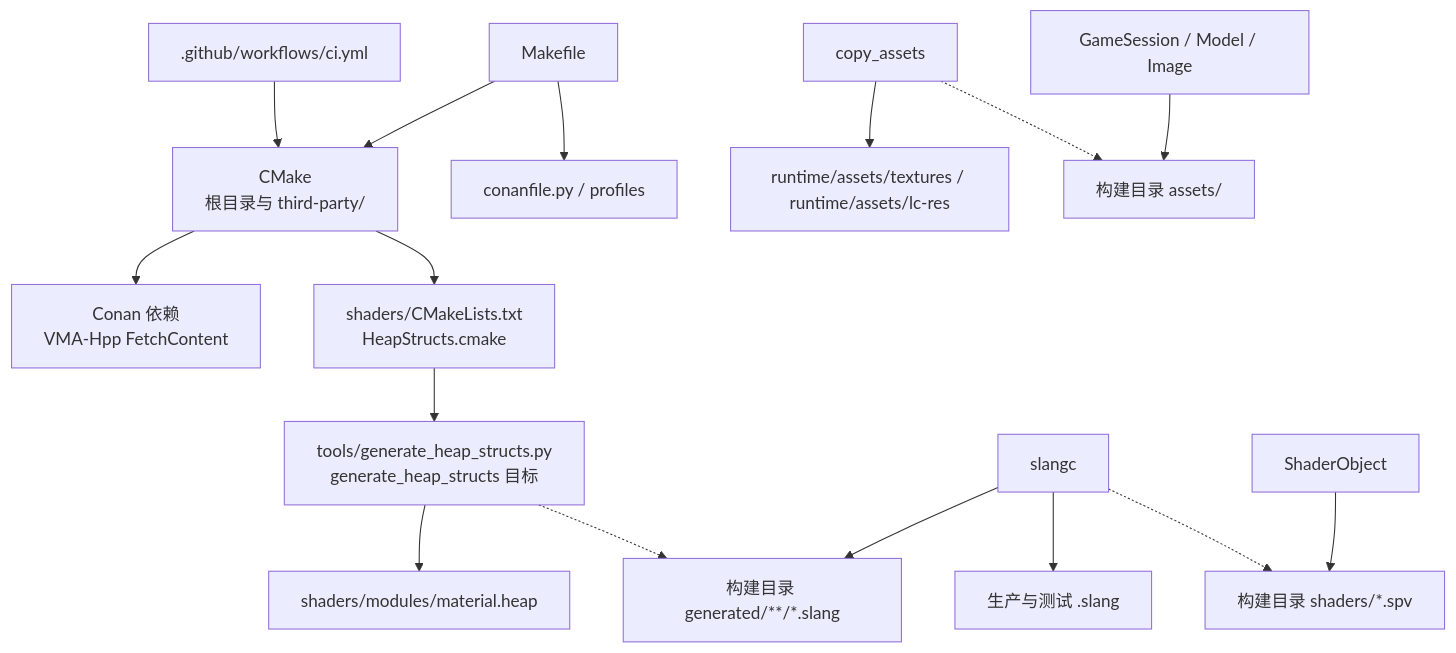
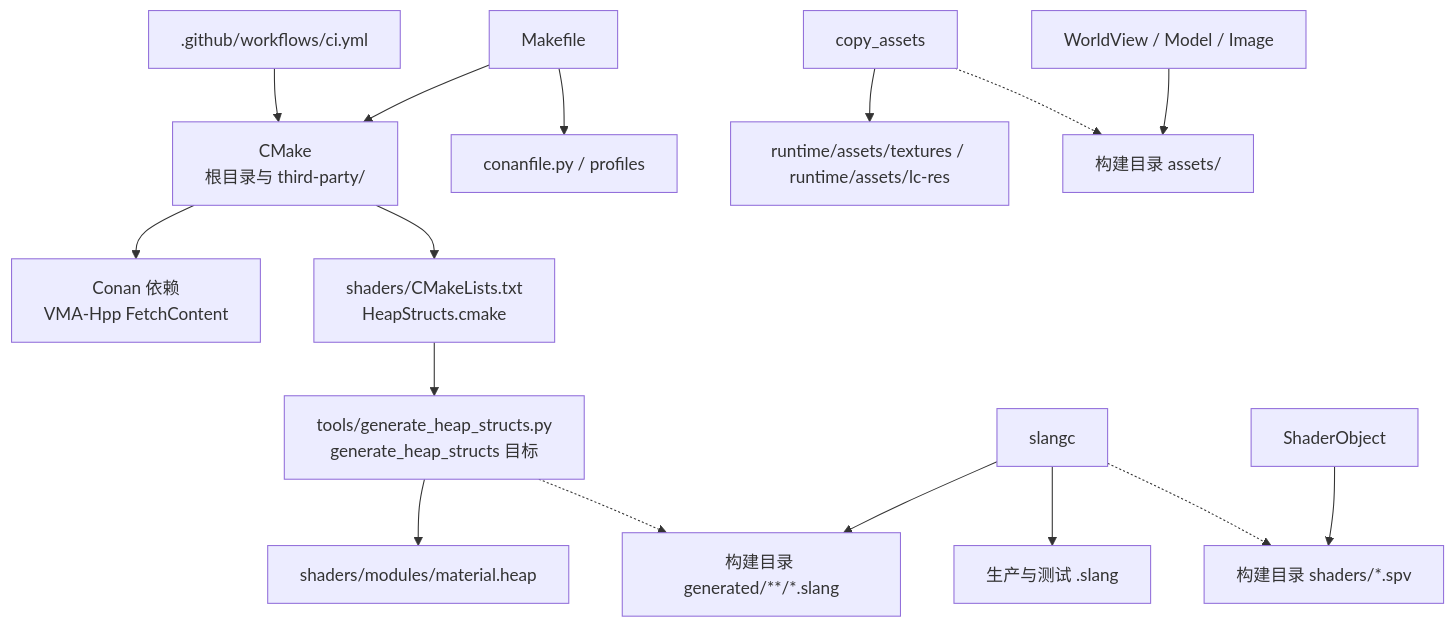
Before and after one commit to Plut084/lc1: the ninth of 10 diagrams in docs/module-dependencies.md, drawn with Mermaid. The commit also changed other lines of this file and 47 other files, not shown here.

````diff
--- a/docs/module-dependencies.md
+++ b/docs/module-dependencies.md
@@ -360,18 +362,18 @@
 ```mermaid
 flowchart TB
     ci[".github/workflows/ci.yml"] --> cmake["CMake<br/>根目录与 third-party/"]
     make["Makefile"] --> conan["conanfile.py / profiles"]
     make --> cmake
     cmake --> packages["Conan 依赖<br/>VMA-Hpp FetchContent"]
     cmake --> shaderbuild["shaders/CMakeLists.txt<br/>HeapStructs.cmake"]
     shaderbuild --> generator["tools/generate_heap_structs.py<br/>generate_heap_structs 目标"]
     generator --> schema["shaders/modules/material.heap"]
     generator -.-> generated["构建目录 generated/**/*.slang"]
     slang["slangc"] --> generated
     slang --> source["生产与测试 .slang"]
     slang -.-> spirv["构建目录 shaders/*.spv"]
     runtime["ShaderObject"] --> spirv
     copy["copy_assets"] --> assets["runtime/assets/textures / runtime/assets/lc-res"]
     copy -.-> copied["构建目录 assets/"]
-    game["GameSession / Model / Image"] --> copied
+    game["WorldView / Model / Image"] --> copied
 ```
````
